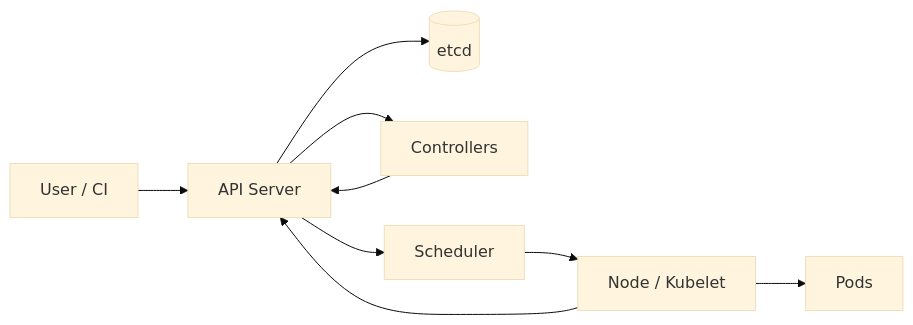
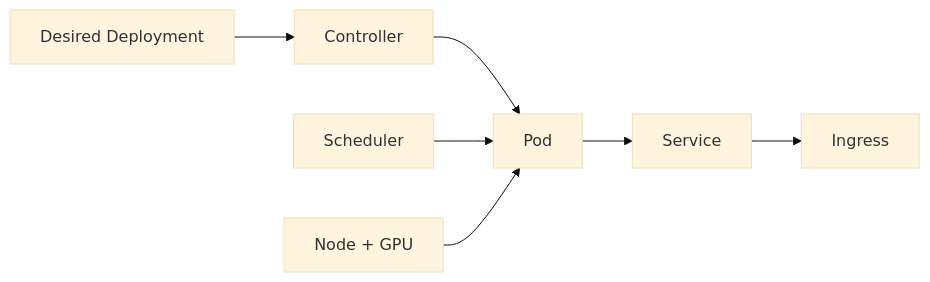
Before and after one commit to upJiang/jiang-blog-vitepress: the diagram in docs/devops/kubernetes-ai-platform-basics.md, drawn with Mermaid (base theme). The commit also changed other lines of this file and 190 other files, not shown here.

````diff
--- a/docs/devops/kubernetes-ai-platform-basics.md
+++ b/docs/devops/kubernetes-ai-platform-basics.md
@@ -36,11 +30,9 @@
 ```mermaid
 flowchart LR
-  U[User / CI] --> A[API Server]
-  A --> E[(etcd)]
-  A --> C[Controllers]
-  A --> S[Scheduler]
-  S --> N[Node / Kubelet]
-  N --> P[Pods]
-  C --> A
-  N --> A
+  Y[Desired Deployment] --> C[Controller]
+  C --> P[Pod]
+  P --> S[Service]
+  S --> I[Ingress]
+  K[Scheduler] --> P
+  N[Node + GPU] --> P
 ```
````
